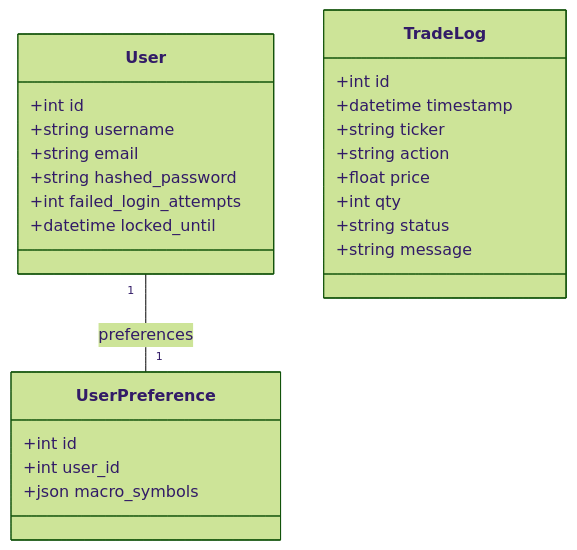
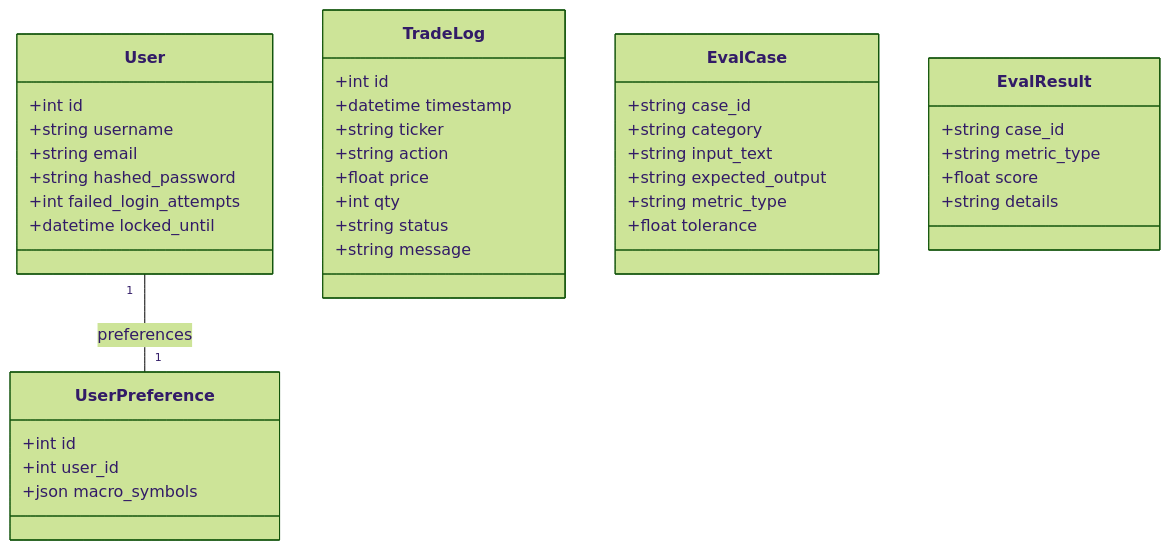
One commit to songlinhe5-lab/quant_agent changed the fifth of 9 diagrams in .qoder/repowiki/zh/content/后端开发指南/后端开发指南.md. Above: the diagram before and after it, drawn with Mermaid (forest theme). The commit also changed other lines of this file and 294 other files, not shown here.

````diff
--- a/.qoder/repowiki/zh/content/后端开发指南/后端开发指南.md
+++ b/.qoder/repowiki/zh/content/后端开发指南/后端开发指南.md
@@ -174,27 +235,41 @@
 ```mermaid
 classDiagram
 class User {
 +int id
 +string username
 +string email
 +string hashed_password
 +int failed_login_attempts
 +datetime locked_until
 }
 class TradeLog {
 +int id
 +datetime timestamp
 +string ticker
 +string action
 +float price
 +int qty
 +string status
 +string message
 }
 class UserPreference {
 +int id
 +int user_id
 +json macro_symbols
 }
+class EvalCase {
++string case_id
++string category
++string input_text
++string expected_output
++string metric_type
++float tolerance
+}
+class EvalResult {
++string case_id
++string metric_type
++float score
++string details
+}
 User "1" -- "1" UserPreference : preferences
 ```
````
